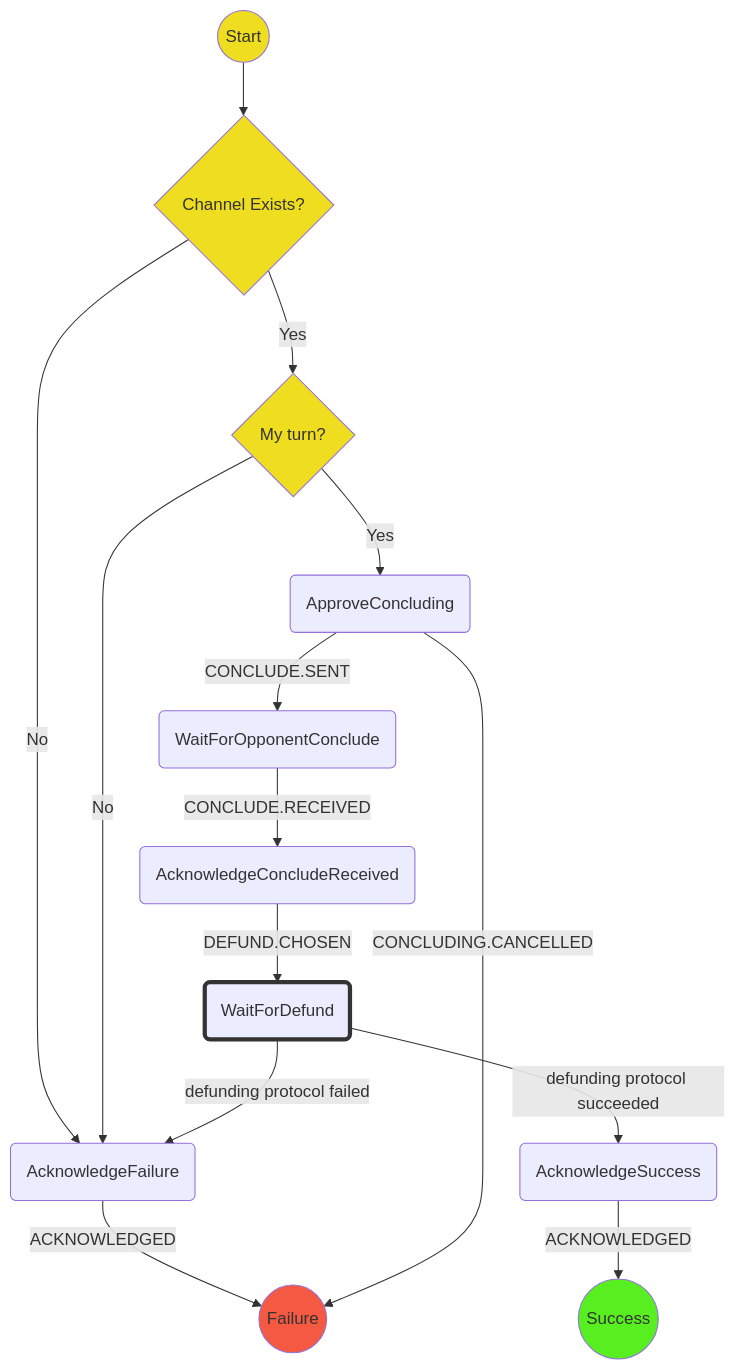
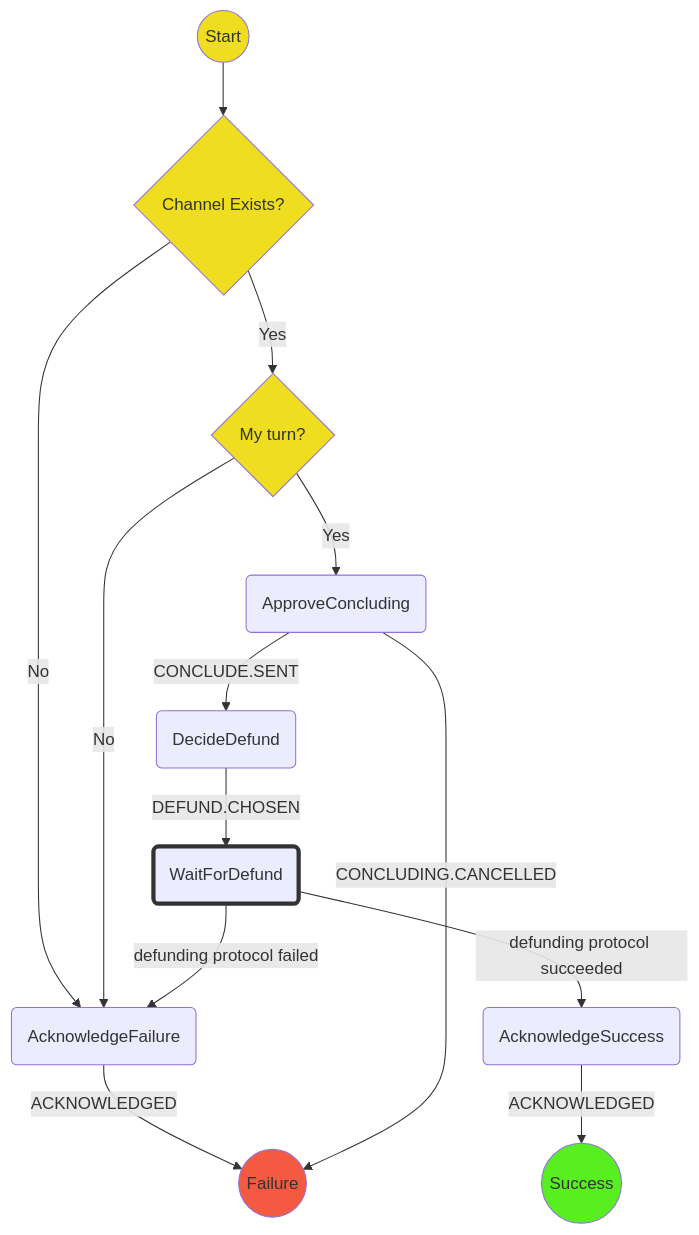
Before and after one commit to magmo/apps: the diagram in packages/wallet/src/redux/protocols/concluding/responder/readme.md, drawn with Mermaid. The commit also changed other lines of this file and 1 other file, not shown here.

````diff
--- a/packages/wallet/src/redux/protocols/concluding/responder/readme.md
+++ b/packages/wallet/src/redux/protocols/concluding/responder/readme.md
@@ -21,22 +21,21 @@
 ```mermaid
 graph TD
   S((Start)) --> E{Channel Exists?}
   E --> |No| AF(AcknowledgeFailure)
   AF -->|ACKNOWLEDGED| F((Failure))
   E --> |Yes| MT{My turn?}
   MT  --> |Yes| CC(ApproveConcluding)
   MT  --> |No| AF(AcknowledgeFailure)
   CC  --> |CONCLUDING.CANCELLED| F
-  CC  --> |CONCLUDE.SENT| WOC(WaitForOpponentConclude)
-  WOC --> |CONCLUDE.RECEIVED| ACR(AcknowledgeConcludeReceived)
-  ACR --> |DEFUND.CHOSEN| D(WaitForDefund)
+  CC  --> |CONCLUDE.SENT| DD(DecideDefund)
+  DD --> |DEFUND.CHOSEN| D(WaitForDefund)
   D   --> |defunding protocol succeeded| AS(AcknowledgeSuccess)
   AS -->  |ACKNOWLEDGED| SS((Success))
   D   --> |defunding protocol failed| AF(AcknowledgeFailure)
   style S  fill:#efdd20
   style E  fill:#efdd20
   style MT fill:#efdd20
   style SS fill:#58ef21
   style F  fill:#f45941
   style D stroke:#333,stroke-width:4px
 ```
````
